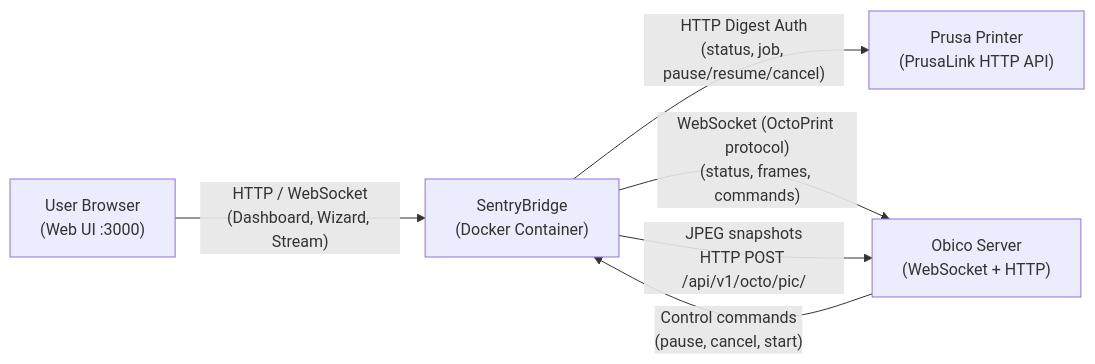
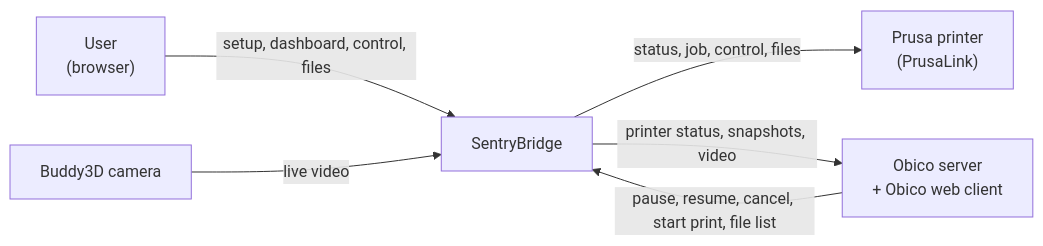
The first of 2 diagrams in docs/architecture/03_system_scope_and_context/README.md (reneleban/sentry-bridge), drawn with Mermaid before and after one commit. The commit also changed other lines of this file and 9 other files, not shown here.

Commit message:
docs(#27): arc42 context, building block levels 0-2 and diagram fixes

````diff
--- a/docs/architecture/03_system_scope_and_context/README.md
+++ b/docs/architecture/03_system_scope_and_context/README.md
@@ -7,13 +7,14 @@
 ```mermaid
 graph LR
-    Browser["User Browser\n(Web UI :3000)"]
-    Bridge["SentryBridge\n(Docker Container)"]
-    Printer["Prusa Printer\n(PrusaLink HTTP API)"]
-    Obico["Obico Server\n(WebSocket + HTTP)"]
+    User["User<br/>(browser)"]
+    Bridge["SentryBridge"]
+    Printer["Prusa printer<br/>(PrusaLink)"]
+    Camera["Buddy3D camera"]
+    Obico["Obico server<br/>+ Obico web client"]
 
-    Browser -- "HTTP / WebSocket\n(Dashboard, Wizard, Stream)" --> Bridge
-    Bridge -- "HTTP Digest Auth\n(status, job, pause/resume/cancel)" --> Printer
-    Bridge -- "WebSocket (OctoPrint protocol)\n(status, frames, commands)" --> Obico
-    Obico -- "Control commands\n(pause, cancel, start)" --> Bridge
-    Bridge -- "JPEG snapshots\nHTTP POST /api/v1/octo/pic/" --> Obico
+    User -- "setup, dashboard, control, files" --> Bridge
+    Bridge -- "status, job, control, files" --> Printer
+    Camera -- "live video" --> Bridge
+    Bridge -- "printer status, snapshots, video" --> Obico
+    Obico -- "pause, resume, cancel, start print, file list" --> Bridge
 ```
````
